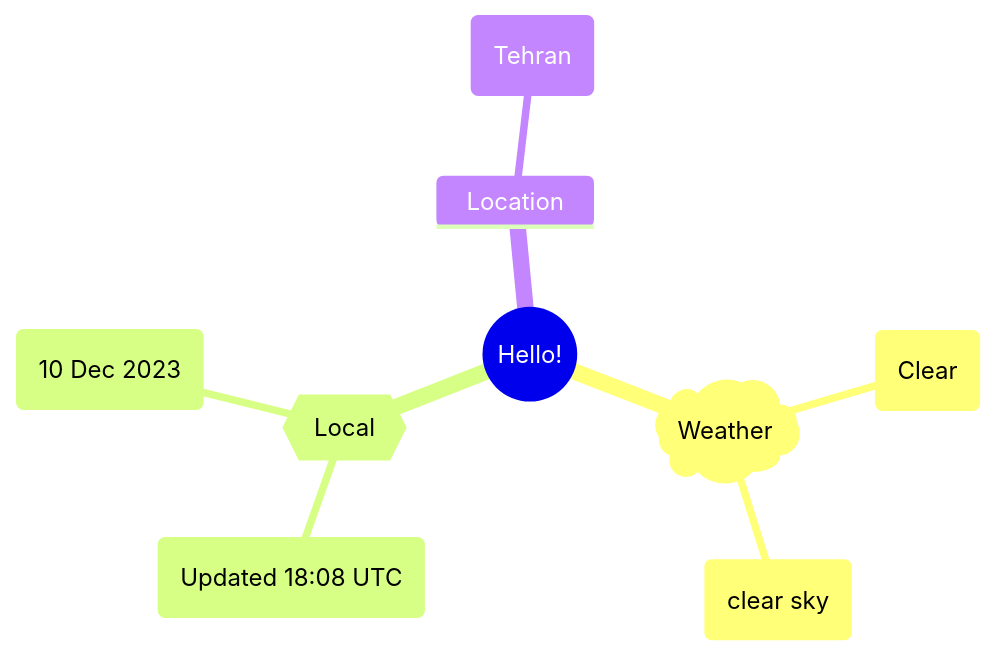
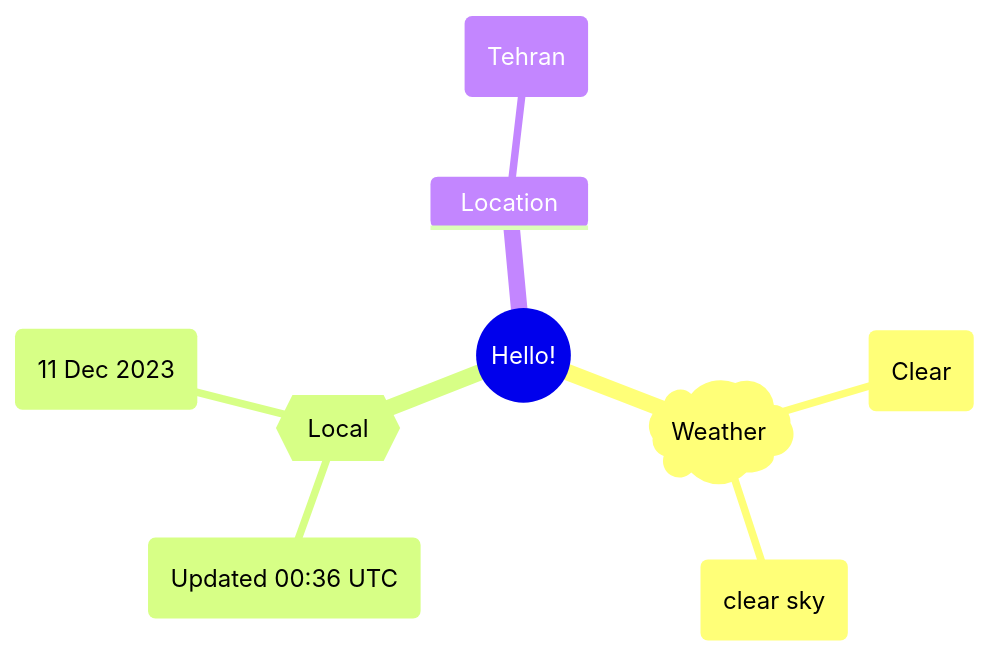
One commit to Xosrov/Xosrov changed the first of 2 diagrams in README.md. Above: the diagram before and after it, drawn with Mermaid.

Commit message:
[bot] updated images

````diff
--- a/README.md
+++ b/README.md
@@ -3,12 +3,12 @@
 ```mermaid
 mindmap
   root((Hello!))
     )Weather(
         (Clear)
         (clear sky)
     {{Local}}
-        (Updated 18:08 UTC)
-        (10 Dec 2023)
+        (Updated 00:36 UTC)
+        (11 Dec 2023)
     Location
         (Tehran)
 ```
````
